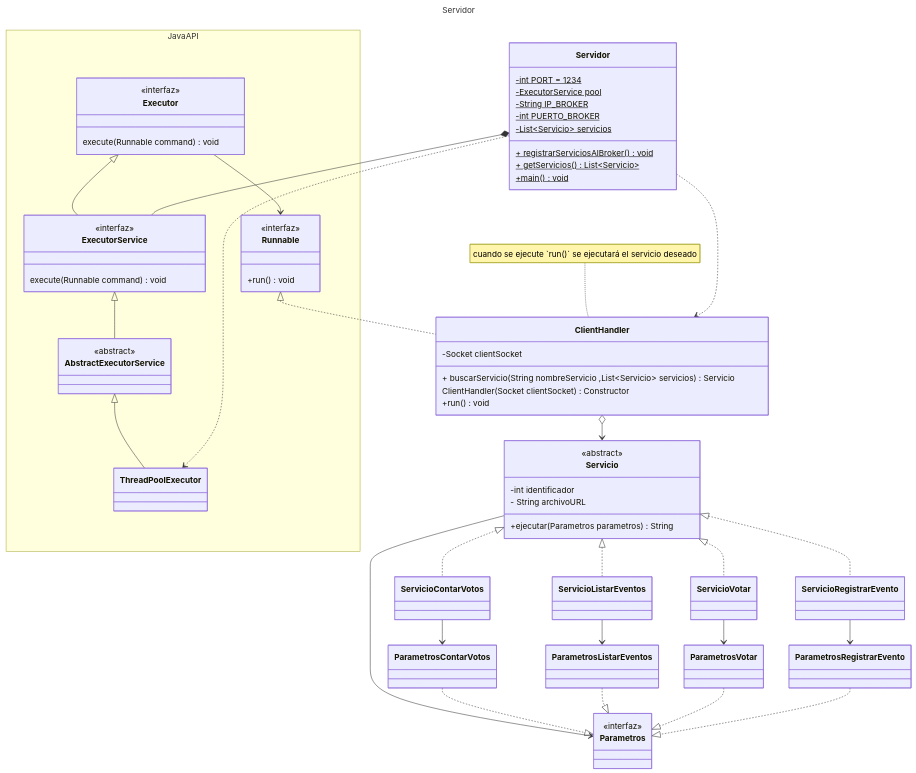
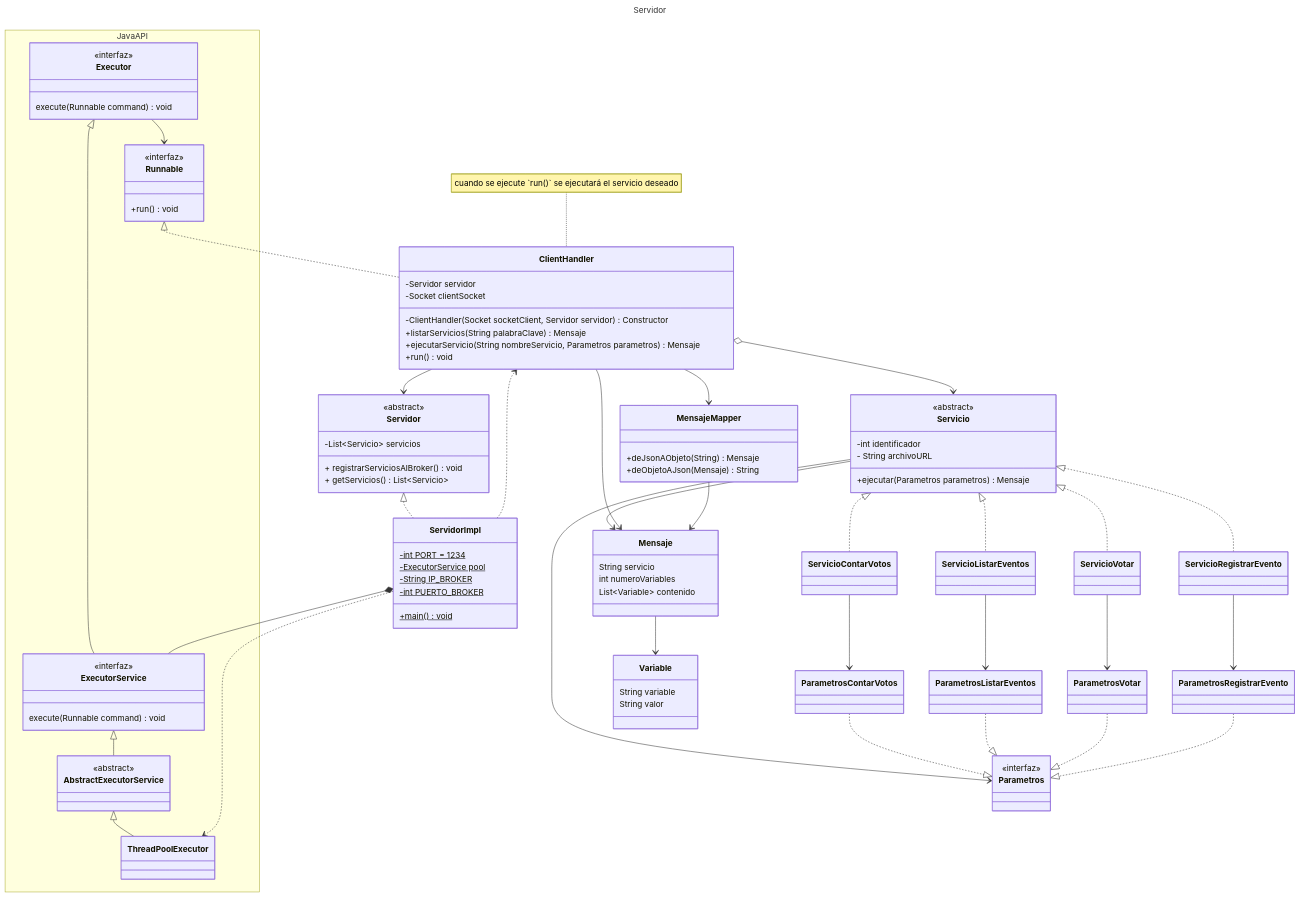
The diagram in tareas/ADA8/docs/class_diagram/servidor/servidor_class_diagram.md (soy-russ-bp/software-architecture), drawn with Mermaid before and after one commit. The commit also changed 5 other files, not shown here.

First line of the commit message:
docs(ADA8): :memo: actualiza diagrama de clases de broker y servidor

````diff
--- a/tareas/ADA8/docs/class_diagram/servidor/servidor_class_diagram.md
+++ b/tareas/ADA8/docs/class_diagram/servidor/servidor_class_diagram.md
@@ -37,35 +37,33 @@
 class AbstractExecutorService{
     <<abstract>>
 }
-Servidor *-- ExecutorService
-Servidor ..> ClientHandler
-Servidor ..> ThreadPoolExecutor
-class Servidor{
+ServidorImpl *-- ExecutorService
+ServidorImpl ..> ClientHandler
+ServidorImpl ..> ThreadPoolExecutor
+Servidor <|.. ServidorImpl
+class ServidorImpl{
     -int PORT = 1234 $
     -ExecutorService pool $
-
     -String IP_BROKER $
     -int PUERTO_BROKER $
-    -List~Servicio~ servicios $
-    + registrarServiciosAlBroker() void $
-    + getServicios() List~Servicio~$
+    
     +main() void$
 }
-Runnable <|.. ClientHandler
-ClientHandler o--> Servicio
-note for ClientHandler "cuando se ejecute `run()` se ejecutará el servicio deseado"
-class ClientHandler{
-    -Socket clientSocket
-    + buscarServicio(String nombreServicio ,List~Servicio~ servicios) Servicio
-    ClientHandler(Socket clientSocket) Constructor
-    +run() void
+
+class Servidor{
+    <<abstract>>
+    -List~Servicio~ servicios 
+    + registrarServiciosAlBroker() void 
+    + getServicios() List~Servicio~
 }
+
 Servicio --> Parametros
+Servicio --> Mensaje
 class Servicio{
     <<abstract>>
     -int identificador
     - String archivoURL
-    +ejecutar(Parametros parametros) String
+    +ejecutar(Parametros parametros) Mensaje
 }
 class Parametros{
     <<interfaz>>
@@ -82,10 +80,43 @@
 ServicioListarEventos --> ParametrosListarEventos
 ServicioVotar --> ParametrosVotar
 ServicioRegistrarEvento --> ParametrosRegistrarEvento
+
  ParametrosContarVotos ..|> Parametros
  ParametrosListarEventos ..|> Parametros
  ParametrosVotar ..|> Parametros
  ParametrosRegistrarEvento ..|> Parametros
 
+Runnable <|.. ClientHandler
+ClientHandler o--> Servicio
+ClientHandler --> MensajeMapper
+ClientHandler --> Mensaje
+ClientHandler --> Servidor
+note for ClientHandler "cuando se ejecute `run()` se ejecutará el servicio deseado"
+class ClientHandler{
+    -Servidor servidor
+    -Socket clientSocket
+    -ClientHandler(Socket socketClient, Servidor servidor) Constructor
+    +listarServicios(String palabraClave) Mensaje
+    +ejecutarServicio(String nombreServicio, Parametros parametros) Mensaje
+    +run() void
+}
 
+Mensaje --> Variable
+class Mensaje{
+
+    String servicio
+    int numeroVariables
+    List~Variable~ contenido
+}
+
+class Variable{
+    String variable
+    String valor
+}
+
+MensajeMapper --> Mensaje
+class MensajeMapper{
+    +deJsonAObjeto(String) Mensaje
+    +deObjetoAJson(Mensaje) String
+}
 ```
````
